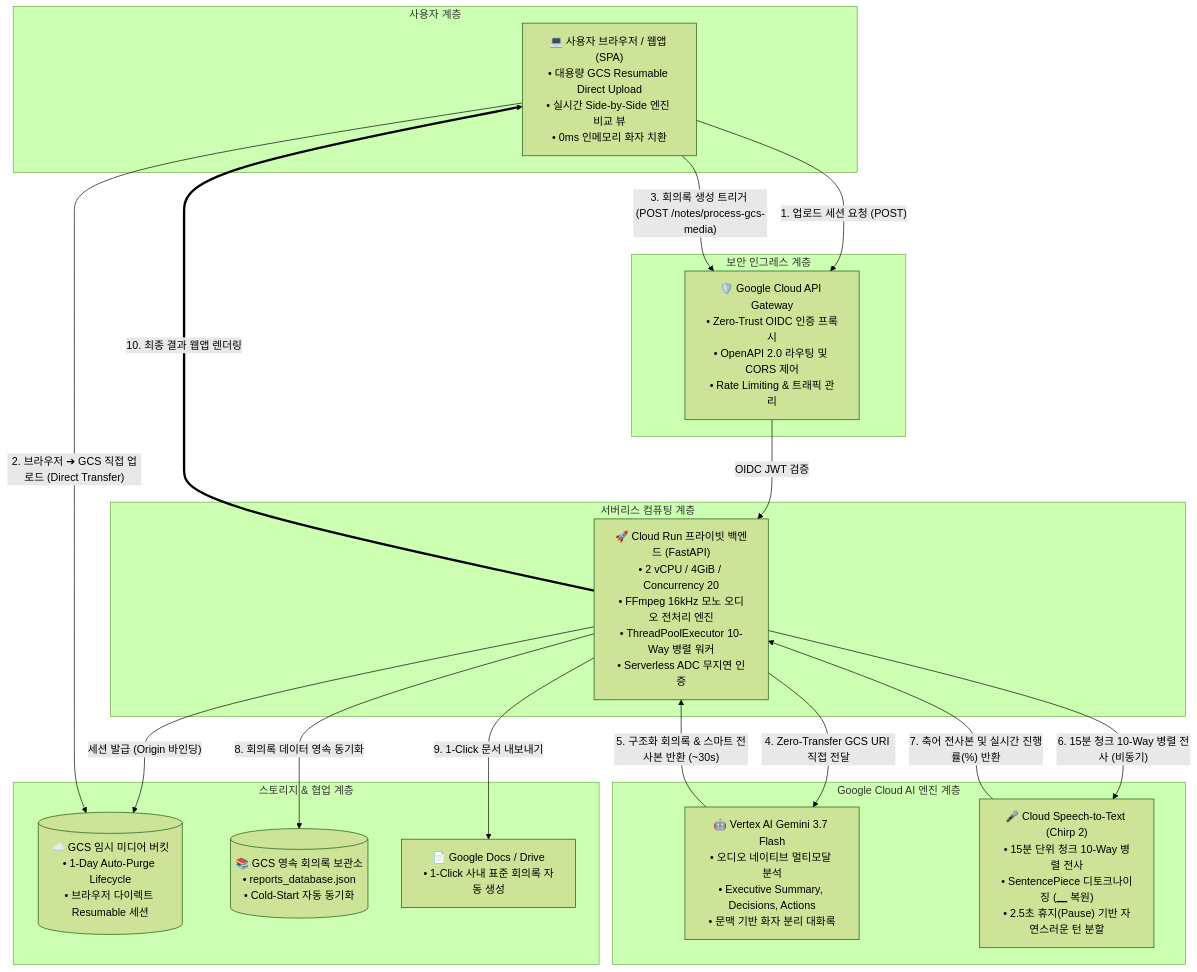
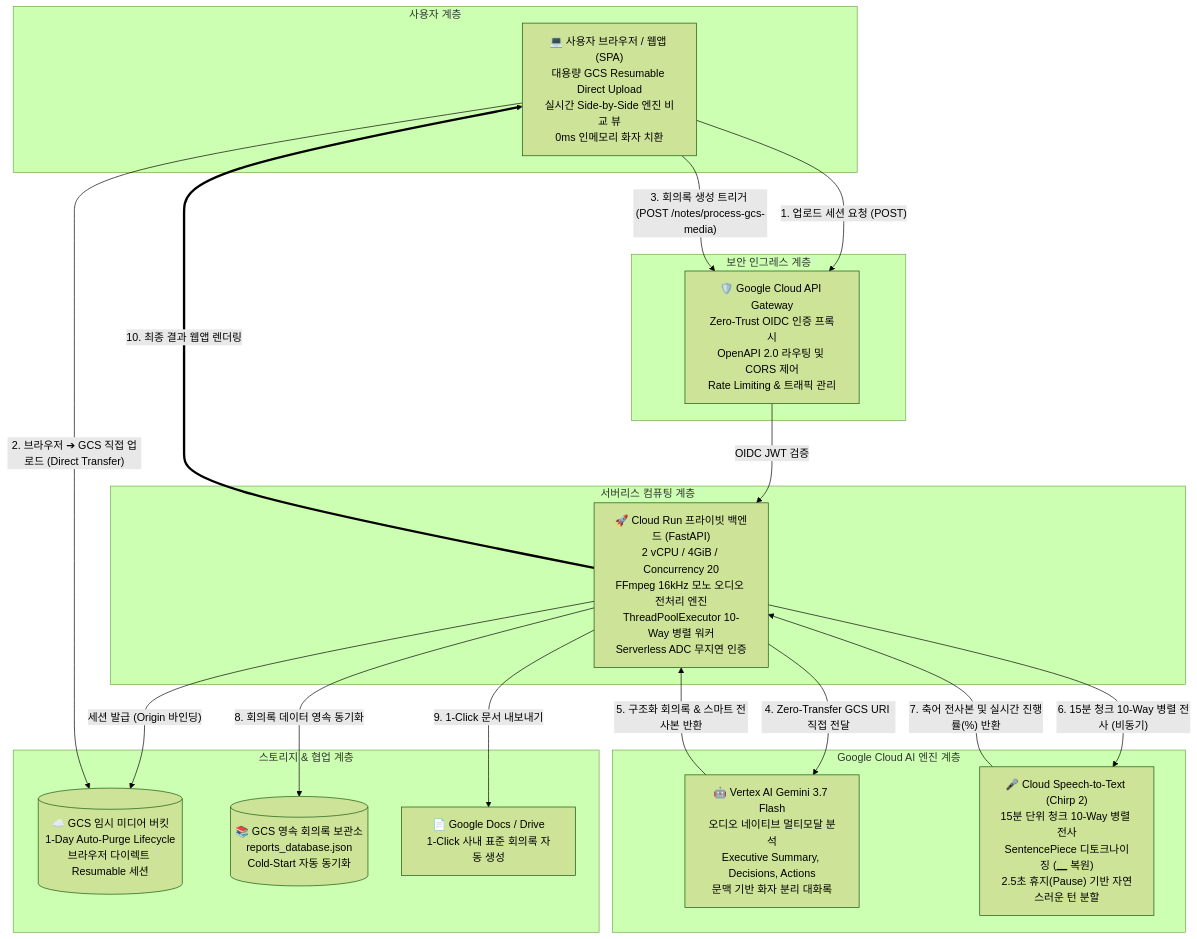
The diagram in docs/01_SYSTEM_ARCHITECTURE.md (Jhko0404/enterprise-collaborate-portal), drawn with Mermaid (forest theme) before and after one commit. The commit also changed other lines of this file and 1 other file, not shown here.

Commit message:
fix(docs): remove 30s claim from overview and fix GitHub Mermaid diagram syntax

````diff
--- a/docs/01_SYSTEM_ARCHITECTURE.md
+++ b/docs/01_SYSTEM_ARCHITECTURE.md
@@ -24,43 +24,43 @@
 ```mermaid
 flowchart TD
-    subgraph Client_Tier [사용자 계층]
-        Browser["💻 사용자 브라우저 / 웹앱 (SPA)\n• 대용량 GCS Resumable Direct Upload\n• 실시간 Side-by-Side 엔진 비교 뷰\n• 0ms 인메모리 화자 치환"]
+    subgraph Client_Tier ["사용자 계층"]
+        Browser["💻 사용자 브라우저 / 웹앱 (SPA)<br/>대용량 GCS Resumable Direct Upload<br/>실시간 Side-by-Side 엔진 비교 뷰<br/>0ms 인메모리 화자 치환"]
     end
 
-    subgraph Ingress_Tier [보안 인그레스 계층]
-        APIGateway["🛡️ Google Cloud API Gateway\n• Zero-Trust OIDC 인증 프록시\n• OpenAPI 2.0 라우팅 및 CORS 제어\n• Rate Limiting & 트래픽 관리"]
+    subgraph Ingress_Tier ["보안 인그레스 계층"]
+        APIGateway["🛡️ Google Cloud API Gateway<br/>Zero-Trust OIDC 인증 프록시<br/>OpenAPI 2.0 라우팅 및 CORS 제어<br/>Rate Limiting & 트래픽 관리"]
     end
 
-    subgraph Backend_Tier [서버리스 컴퓨팅 계층]
-        CloudRun["🚀 Cloud Run 프라이빗 백엔드 (FastAPI)\n• 2 vCPU / 4GiB / Concurrency 20\n• FFmpeg 16kHz 모노 오디오 전처리 엔진\n• ThreadPoolExecutor 10-Way 병렬 워커\n• Serverless ADC 무지연 인증"]
+    subgraph Backend_Tier ["서버리스 컴퓨팅 계층"]
+        CloudRun["🚀 Cloud Run 프라이빗 백엔드 (FastAPI)<br/>2 vCPU / 4GiB / Concurrency 20<br/>FFmpeg 16kHz 모노 오디오 전처리 엔진<br/>ThreadPoolExecutor 10-Way 병렬 워커<br/>Serverless ADC 무지연 인증"]
     end
 
-    subgraph AI_Engine_Tier [Google Cloud AI 엔진 계층]
-        GeminiFlash["🤖 Vertex AI Gemini 3.7 Flash\n• 오디오 네이티브 멀티모달 분석\n• Executive Summary, Decisions, Actions\n• 문맥 기반 화자 분리 대화록"]
-        CloudSTT["🎤 Cloud Speech-to-Text (Chirp 2)\n• 15분 단위 청크 10-Way 병렬 전사\n• SentencePiece 디토크나이징 (▁ 복원)\n• 2.5초 휴지(Pause) 기반 자연스러운 턴 분할"]
+    subgraph AI_Engine_Tier ["Google Cloud AI 엔진 계층"]
+        GeminiFlash["🤖 Vertex AI Gemini 3.7 Flash<br/>오디오 네이티브 멀티모달 분석<br/>Executive Summary, Decisions, Actions<br/>문맥 기반 화자 분리 대화록"]
+        CloudSTT["🎤 Cloud Speech-to-Text (Chirp 2)<br/>15분 단위 청크 10-Way 병렬 전사<br/>SentencePiece 디토크나이징 (▁ 복원)<br/>2.5초 휴지(Pause) 기반 자연스러운 턴 분할"]
     end
 
-    subgraph Storage_Tier [스토리지 & 협업 계층]
-        GCS_Temp[("☁️ GCS 임시 미디어 버킷\n• 1-Day Auto-Purge Lifecycle\n• 브라우저 다이렉트 Resumable 세션")]
-        GCS_DB[("📚 GCS 영속 회의록 보관소\n• reports_database.json\n• Cold-Start 자동 동기화")]
-        GWorkspace["📄 Google Docs / Drive\n• 1-Click 사내 표준 회의록 자동 생성"]
+    subgraph Storage_Tier ["스토리지 & 협업 계층"]
+        GCS_Temp[("☁️ GCS 임시 미디어 버킷<br/>1-Day Auto-Purge Lifecycle<br/>브라우저 다이렉트 Resumable 세션")]
+        GCS_DB[("📚 GCS 영속 회의록 보관소<br/>reports_database.json<br/>Cold-Start 자동 동기화")]
+        GWorkspace["📄 Google Docs / Drive<br/>1-Click 사내 표준 회의록 자동 생성"]
     end
 
     %% Client Interactions
     Browser -->|"1. 업로드 세션 요청 (POST)"| APIGateway
     APIGateway -->|"OIDC JWT 검증"| CloudRun
     CloudRun -->|"세션 발급 (Origin 바인딩)"| GCS_Temp
     Browser -->|"2. 브라우저 ➔ GCS 직접 업로드 (Direct Transfer)"| GCS_Temp
     Browser -->|"3. 회의록 생성 트리거 (POST /notes/process-gcs-media)"| APIGateway
 
     %% AI Pipeline
     CloudRun -->|"4. Zero-Transfer GCS URI 직접 전달"| GeminiFlash
-    GeminiFlash -->|"5. 구조화 회의록 & 스마트 전사본 반환 (~30s)"| CloudRun
+    GeminiFlash -->|"5. 구조화 회의록 & 스마트 전사본 반환"| CloudRun
     CloudRun -->|"6. 15분 청크 10-Way 병렬 전사 (비동기)"| CloudSTT
     CloudSTT -->|"7. 축어 전사본 및 실시간 진행률(%) 반환"| CloudRun
 
     %% Storage & Export
     CloudRun -->|"8. 회의록 데이터 영속 동기화"| GCS_DB
     CloudRun -->|"9. 1-Click 문서 내보내기"| GWorkspace
     CloudRun ==>|"10. 최종 결과 웹앱 렌더링"| Browser
 ```
````
